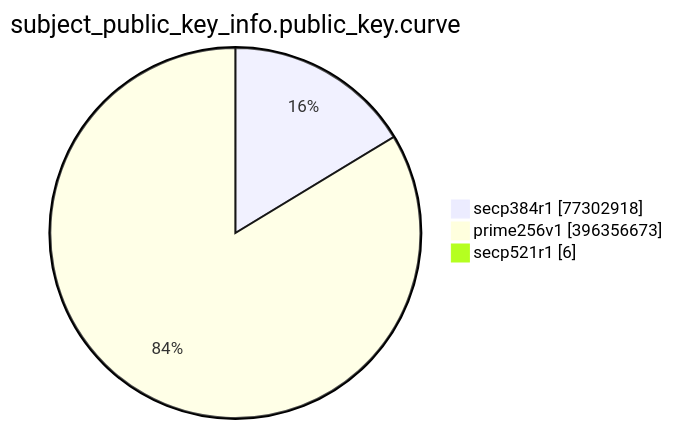
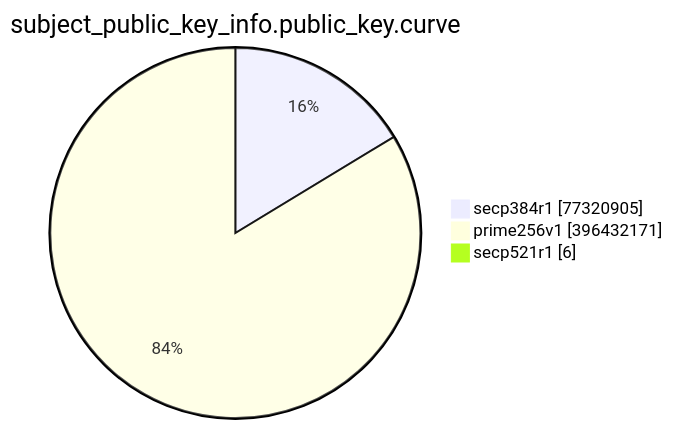
The eighth of 15 diagrams in TOTAL/README.md (christiankrug/ctmonitor_visualization), drawn with Mermaid before and after one commit. The commit also changed other lines of this file, not shown here.

````diff
--- a/TOTAL/README.md
+++ b/TOTAL/README.md
@@ -3095,7 +3095,7 @@
 ```mermaid
 pie showData
 title subject_public_key_info.public_key.curve
-"secp384r1" :77302918
-"prime256v1" :396356673
+"secp384r1" :77320905
+"prime256v1" :396432171
 "secp521r1" :6
 ```
````
